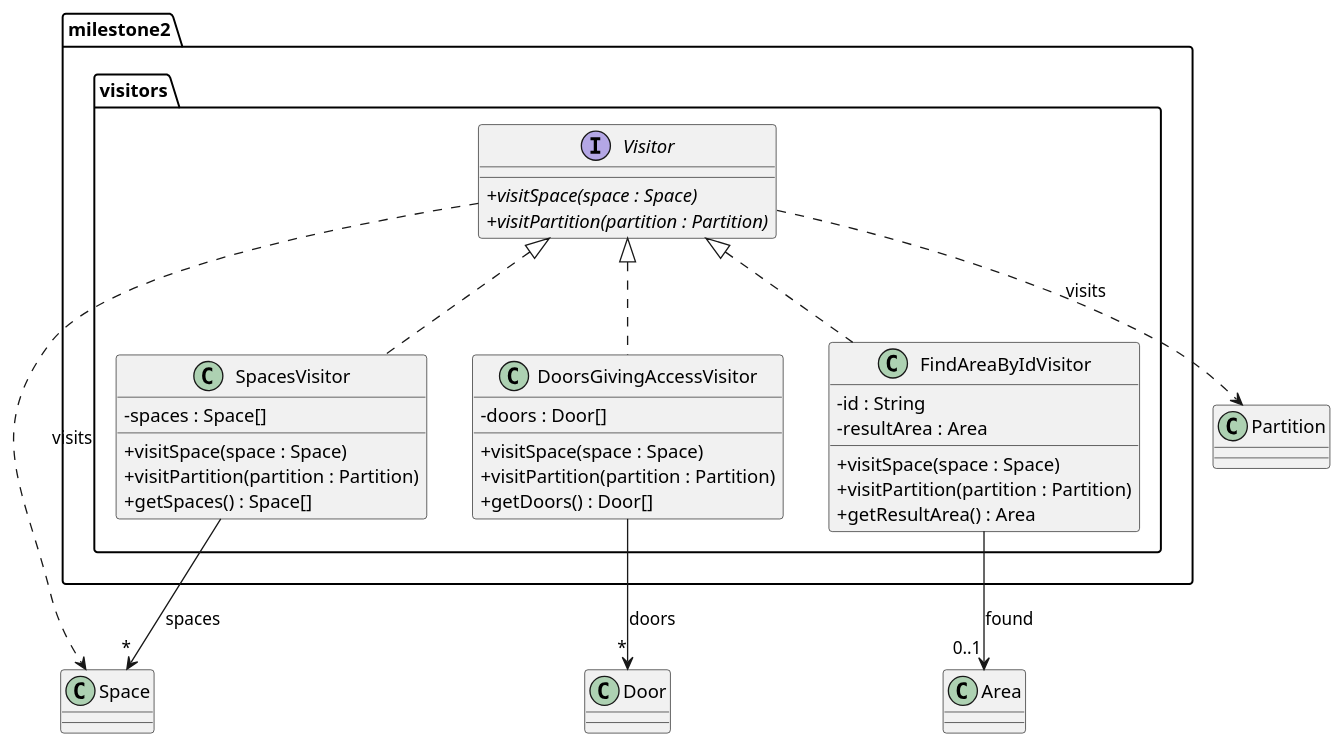
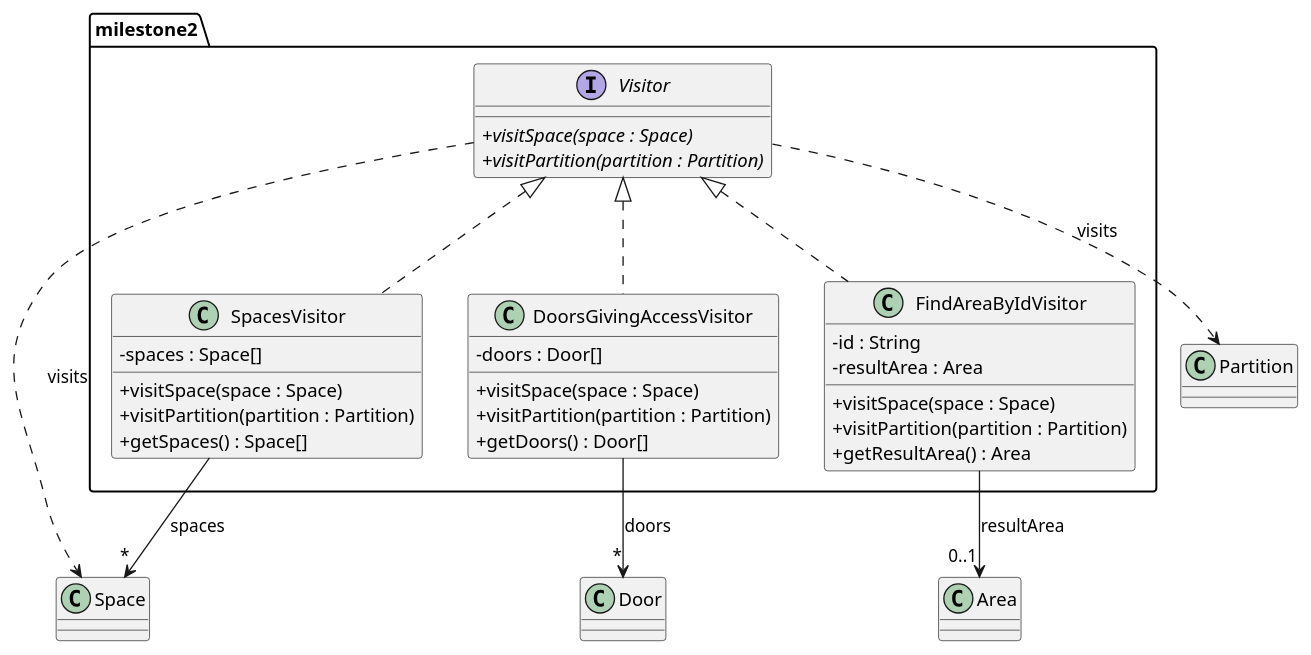
One commit to NIU1747146/Practica-DS changed the diagram in src/milestone1/uml/package_visitors.puml. Above: the diagram before and after it, drawn with PlantUML. The commit also changed 106 other files, not shown here.

```diff
--- a/src/milestone1/uml/package_visitors.puml
+++ b/src/milestone1/uml/package_visitors.puml
@@ -1,44 +1,44 @@
 @startuml
 'https://plantuml.com/state-diagram
 skinparam classAttributeIconSize 0
 
-package milestone2.visitors {
+package milestone2 {
   interface Visitor {
   + {abstract} visitSpace(space : Space)
   + {abstract} visitPartition(partition : Partition)
   }
 
   class DoorsGivingAccessVisitor implements Visitor {
   - doors : Door[]
   + visitSpace(space : Space)
   + visitPartition(partition : Partition)
   + getDoors() : Door[]
   }
 
   class SpacesVisitor implements Visitor {
   - spaces : Space[]
   + visitSpace(space : Space)
   + visitPartition(partition : Partition)
   + getSpaces() : Space[]
   }
 
   class FindAreaByIdVisitor implements Visitor {
   - id : String
   - resultArea : Area
   + visitSpace(space : Space)
   + visitPartition(partition : Partition)
   + getResultArea() : Area
   }
 }
 
 class Space
 class Partition
 class Area
 class Door
 
 Visitor ..> Space : visits
 Visitor ..> Partition : visits
-FindAreaByIdVisitor --> "0..1" Area : found
+FindAreaByIdVisitor --> "0..1" Area : resultArea
 DoorsGivingAccessVisitor --> "*" Door : doors
 SpacesVisitor --> "*" Space : spaces
 @enduml
```
